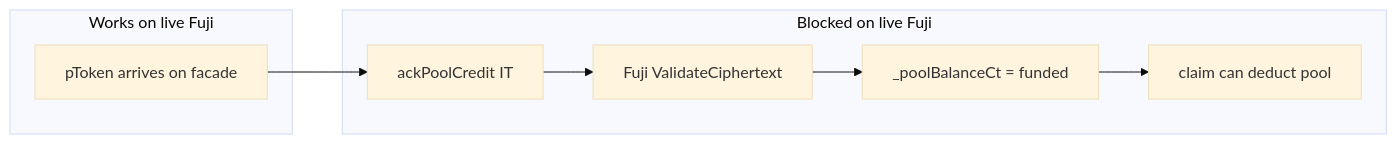
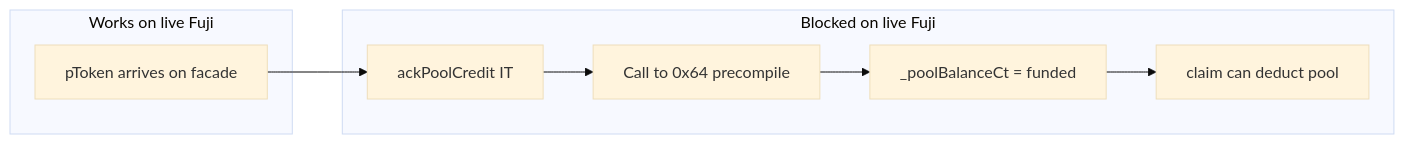
Before and after one commit to cotitech-io/hrpayroll-ui: the first of 4 diagrams in ui/docs/fundCampaign.md, drawn with Mermaid (base theme). The commit also changed other lines of this file and 1 other file, not shown here.

First line of the commit message:
Correct ackPoolCredit root cause: no code at 0x64 on Fuji, not missing MPC registration

````diff
--- a/ui/docs/fundCampaign.md
+++ b/ui/docs/fundCampaign.md
@@ -22,13 +22,13 @@
 ```mermaid
 flowchart LR
   subgraph ok [Works on live Fuji]
     T[pToken arrives on facade]
   end
   subgraph broken [Blocked on live Fuji]
     A[ackPoolCredit IT]
-    V[Fuji ValidateCiphertext]
+    V[Call to 0x64 precompile]
     P["_poolBalanceCt = funded"]
     C[claim can deduct pool]
   end
   T --> A --> V --> P --> C
 ```
````
